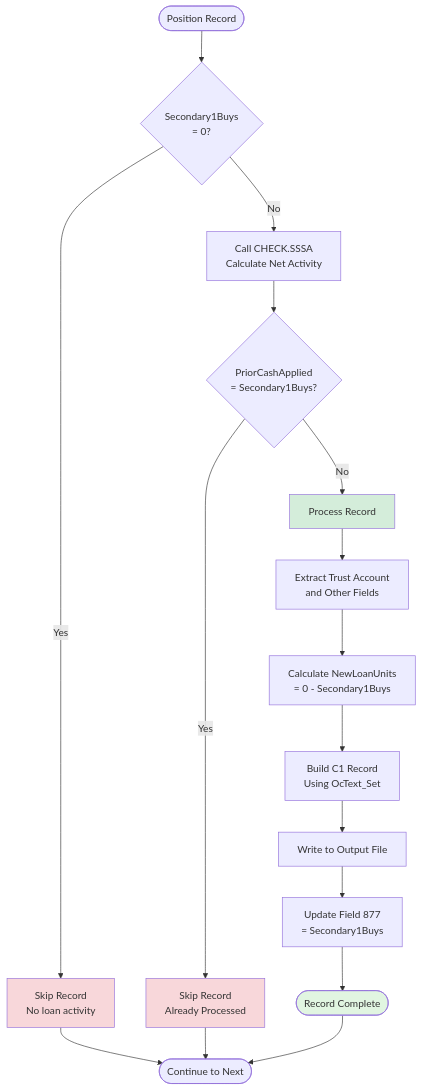
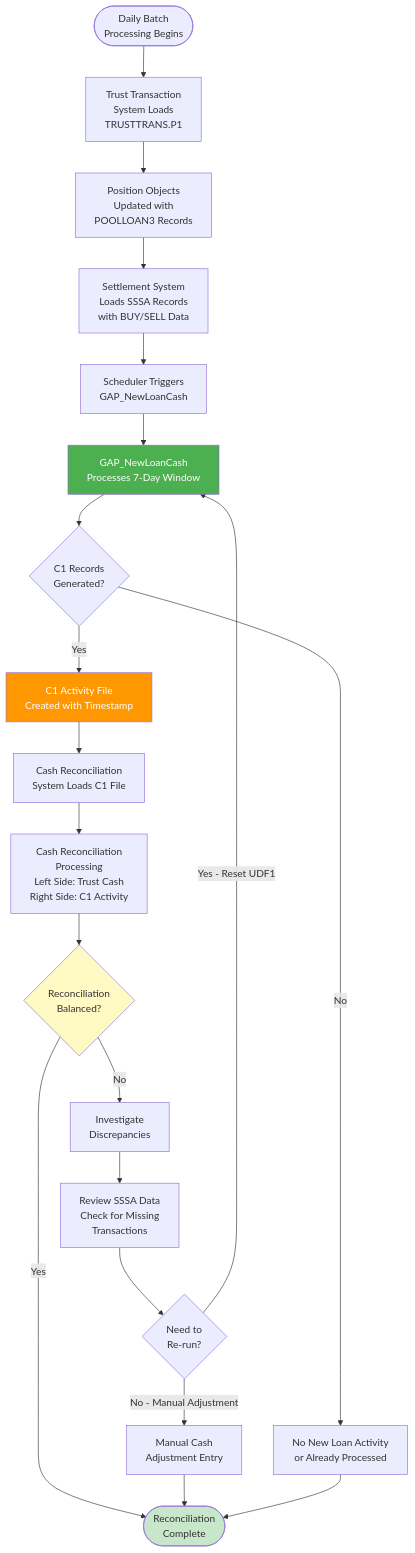
Before and after one commit to danismith-slalom1/bokf-poc: the seventh of 10 diagrams in omniscript-documentation/santized/GAP_NewLoanCash/GAP_NewLoanCash_DIAGRAMS.md, drawn with Mermaid. The commit also changed other lines of this file and 21 other files, not shown here.

````diff
--- a/omniscript-documentation/santized/GAP_NewLoanCash/GAP_NewLoanCash_DIAGRAMS.md
+++ b/omniscript-documentation/santized/GAP_NewLoanCash/GAP_NewLoanCash_DIAGRAMS.md
@@ -398,28 +368,41 @@
 ```mermaid
-graph TD
-    Start([Position Record]) --> Q1{Secondary1Buys<br/>= 0?}
+flowchart TB
+    START([Daily Batch<br/>Processing Begins]) --> TRUSTLOAD[Trust Transaction<br/>System Loads<br/>TRUSTTRANS.P1]
     
-    Q1 -->|Yes| Skip1[Skip Record<br/>No loan activity]
-    Q1 -->|No| CallCheck[Call CHECK.SSSA<br/>Calculate Net Activity]
+    TRUSTLOAD --> POSLOAD[Position Objects<br/>Updated with<br/>POOLLOAN3 Records]
     
-    CallCheck --> Q2{PriorCashApplied<br/>= Secondary1Buys?}
+    POSLOAD --> SSALOAD[Settlement System<br/>Loads SSSA Records<br/>with BUY/SELL Data]
     
-    Q2 -->|Yes| Skip2[Skip Record<br/>Already Processed]
-    Q2 -->|No| Process[Process Record]
+    SSALOAD --> TRIGGER[Scheduler Triggers<br/>GAP_NewLoanCash]
     
-    Process --> ExtractData[Extract Trust Account<br/>and Other Fields]
-    ExtractData --> CalcAmount[Calculate NewLoanUnits<br/>= 0 - Secondary1Buys]
-    CalcAmount --> BuildRecord[Build C1 Record<br/>Using OcText_Set]
-    BuildRecord --> WriteOutput[Write to Output File]
-    WriteOutput --> UpdateField[Update Field 877<br/>= Secondary1Buys]
-    UpdateField --> Complete([Record Complete])
+    TRIGGER --> PROCESS[GAP_NewLoanCash<br/>Processes 7-Day Window]
     
-    Skip1 --> End([Continue to Next])
-    Skip2 --> End
-    Complete --> End
+    PROCESS --> C1GEN{C1 Records<br/>Generated?}
     
-    style Process fill:#d4edda
-    style Skip1 fill:#f8d7da
-    style Skip2 fill:#f8d7da
-    style Complete fill:#e1f5e1
+    C1GEN -->|Yes| C1FILE[C1 Activity File<br/>Created with Timestamp]
+    C1GEN -->|No| NOACTIVITY[No New Loan Activity<br/>or Already Processed]
+    
+    C1FILE --> CASHLOAD[Cash Reconciliation<br/>System Loads C1 File]
+    
+    CASHLOAD --> RECON[Cash Reconciliation<br/>Processing<br/>Left Side: Trust Cash<br/>Right Side: C1 Activity]
+    
+    RECON --> BALANCED{Reconciliation<br/>Balanced?}
+    
+    BALANCED -->|Yes| SUCCESS([Reconciliation<br/>Complete])
+    BALANCED -->|No| INVESTIGATE[Investigate<br/>Discrepancies]
+    
+    INVESTIGATE --> REVIEW[Review SSSA Data<br/>Check for Missing<br/>Transactions]
+    
+    REVIEW --> RERUN{Need to<br/>Re-run?}
+    
+    RERUN -->|Yes - Reset UDF1| PROCESS
+    RERUN -->|No - Manual Adjustment| ADJUST[Manual Cash<br/>Adjustment Entry]
+    
+    ADJUST --> SUCCESS
+    NOACTIVITY --> SUCCESS
+    
+    style PROCESS fill:#4CAF50,color:#fff
+    style C1FILE fill:#FF9800,color:#fff
+    style BALANCED fill:#FFF9C4
+    style SUCCESS fill:#C8E6C9
 ```
````
